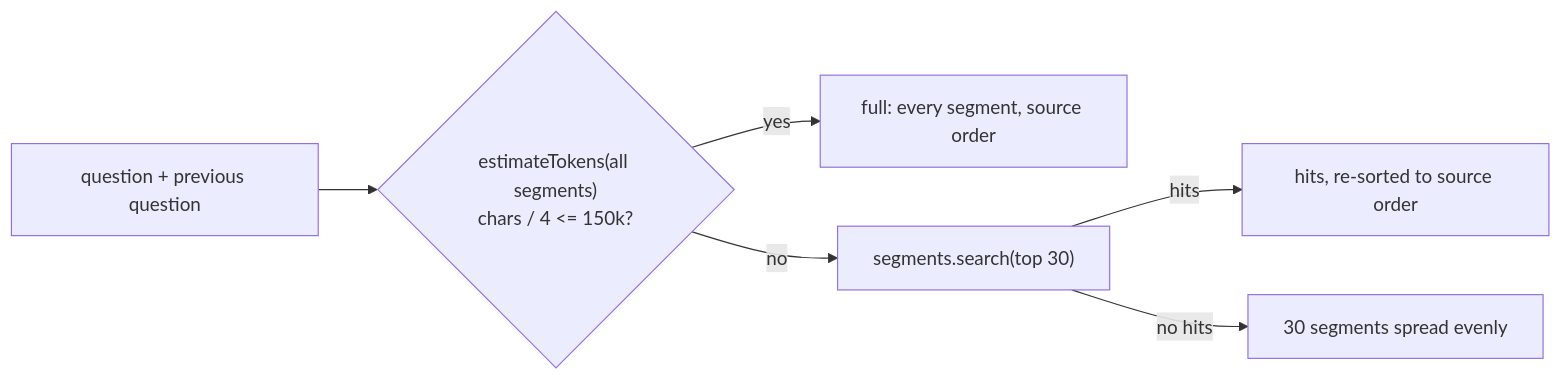
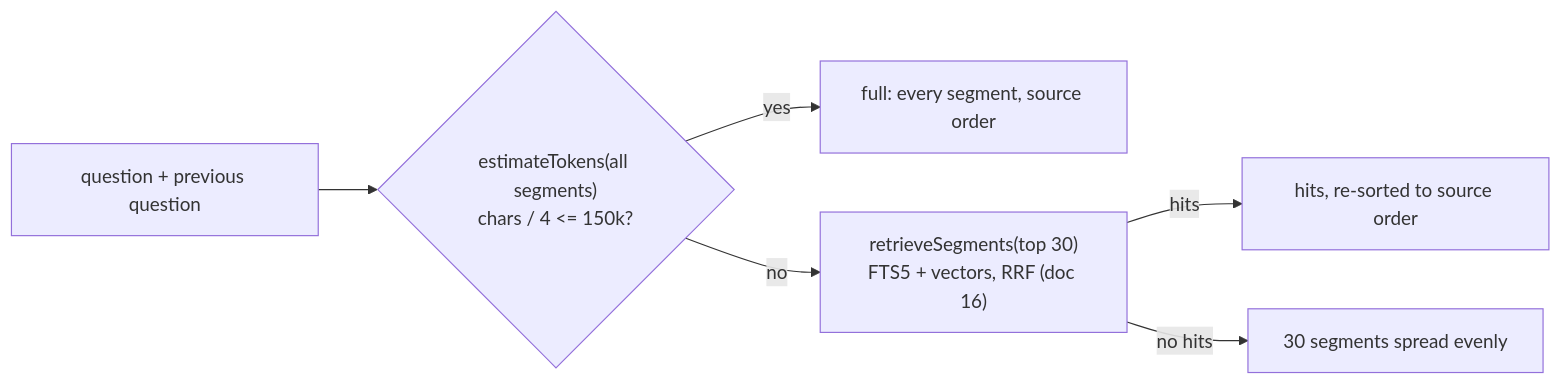
The fifth of 5 diagrams in docs/technical_design/07-content-page-and-chat.md (huannguyen2114/thoth), drawn with Mermaid before and after one commit. The commit also changed other lines of this file and 36 other files, not shown here.

````diff
--- a/docs/technical_design/07-content-page-and-chat.md
+++ b/docs/technical_design/07-content-page-and-chat.md
@@ -214,8 +214,8 @@
 ```mermaid
 flowchart LR
   Q[question + previous question] --> E{"estimateTokens(all segments)<br/>chars / 4 <= 150k?"}
   E -->|yes| F[full: every segment, source order]
-  E -->|no| S["segments.search(top 30)"]
+  E -->|no| S["retrieveSegments(top 30)<br/>FTS5 + vectors, RRF (doc 16)"]
   S -->|hits| K[hits, re-sorted to source order]
   S -->|no hits| SP[30 segments spread evenly]
 ```
````
